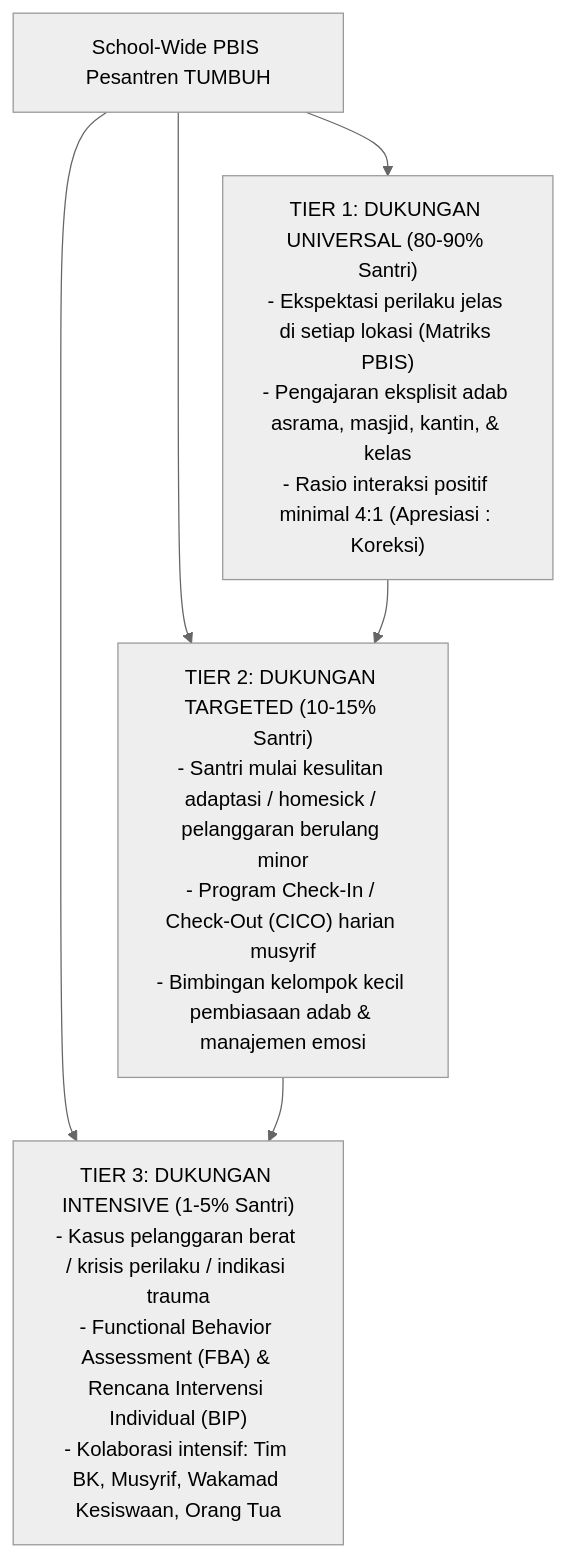
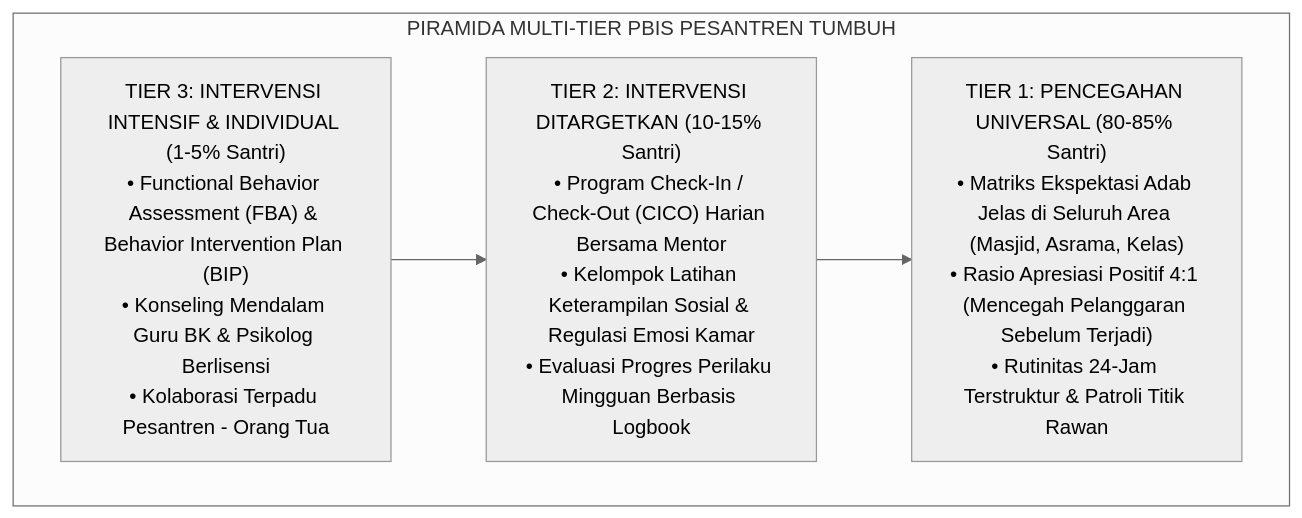
One commit to wandiapriliyandi/tumbuh changed the first of 2 diagrams in 02 Principles/01 Core Principles/P2-01-05-Prinsip-Sistemik-Multi-Tier-PBIS.md. Above: the diagram before and after it, drawn with Mermaid (neutral theme). The commit also changed other lines of this file and 7 other files, not shown here.

Commit message:
docs(principles): elevate Sub-Domain 01 Core Principles to gold standard with deep Turats and multi-tier PBIS integration

````diff
--- a/02 Principles/01 Core Principles/P2-01-05-Prinsip-Sistemik-Multi-Tier-PBIS.md
+++ b/02 Principles/01 Core Principles/P2-01-05-Prinsip-Sistemik-Multi-Tier-PBIS.md
@@ -16,12 +30,12 @@
 ```mermaid
 graph TD
-    PBIS["School-Wide PBIS Pesantren TUMBUH"]
-    
-    PBIS --> T1["TIER 1: DUKUNGAN UNIVERSAL (80-90% Santri)<br/>- Ekspektasi perilaku jelas di setiap lokasi (Matriks PBIS)<br/>- Pengajaran eksplisit adab asrama, masjid, kantin, & kelas<br/>- Rasio interaksi positif minimal 4:1 (Apresiasi : Koreksi)"]
-    
-    PBIS --> T2["TIER 2: DUKUNGAN TARGETED (10-15% Santri)<br/>- Santri mulai kesulitan adaptasi / homesick / pelanggaran berulang minor<br/>- Program Check-In / Check-Out (CICO) harian musyrif<br/>- Bimbingan kelompok kecil pembiasaan adab & manajemen emosi"]
-    
-    PBIS --> T3["TIER 3: DUKUNGAN INTENSIVE (1-5% Santri)<br/>- Kasus pelanggaran berat / krisis perilaku / indikasi trauma<br/>- Functional Behavior Assessment (FBA) & Rencana Intervensi Individual (BIP)<br/>- Kolaborasi intensif: Tim BK, Musyrif, Wakamad Kesiswaan, Orang Tua"]
-
-    T1 --> T2 --> T3
+    subgraph PiramidaPBISTerpadu["PIRAMIDA MULTI-TIER PBIS PESANTREN TUMBUH"]
+        T1["TIER 1: PENCEGAHAN UNIVERSAL (80-85% Santri)<br/>• Matriks Ekspektasi Adab Jelas di Seluruh Area (Masjid, Asrama, Kelas)<br/>• Rasio Apresiasi Positif 4:1 (Mencegah Pelanggaran Sebelum Terjadi)<br/>• Rutinitas 24-Jam Terstruktur & Patroli Titik Rawan"]
+        
+        T2["TIER 2: INTERVENSI DITARGETKAN (10-15% Santri)<br/>• Program Check-In / Check-Out (CICO) Harian Bersama Mentor<br/>• Kelompok Latihan Keterampilan Sosial & Regulasi Emosi Kamar<br/>• Evaluasi Progres Perilaku Mingguan Berbasis Logbook"]
+        
+        T3["TIER 3: INTERVENSI INTENSIF & INDIVIDUAL (1-5% Santri)<br/>• Functional Behavior Assessment (FBA) & Behavior Intervention Plan (BIP)<br/>• Konseling Mendalam Guru BK & Psikolog Berlisensi<br/>• Kolaborasi Terpadu Pesantren - Orang Tua"]
+        
+        T3 --> T2 --> T1
+    end
 ```
````
